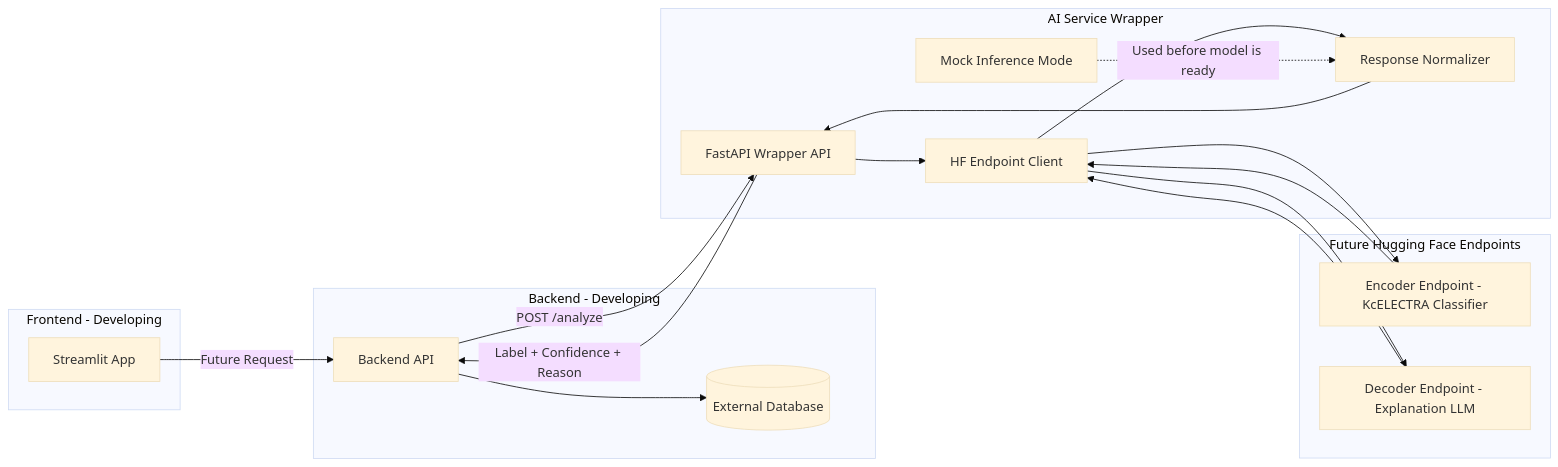
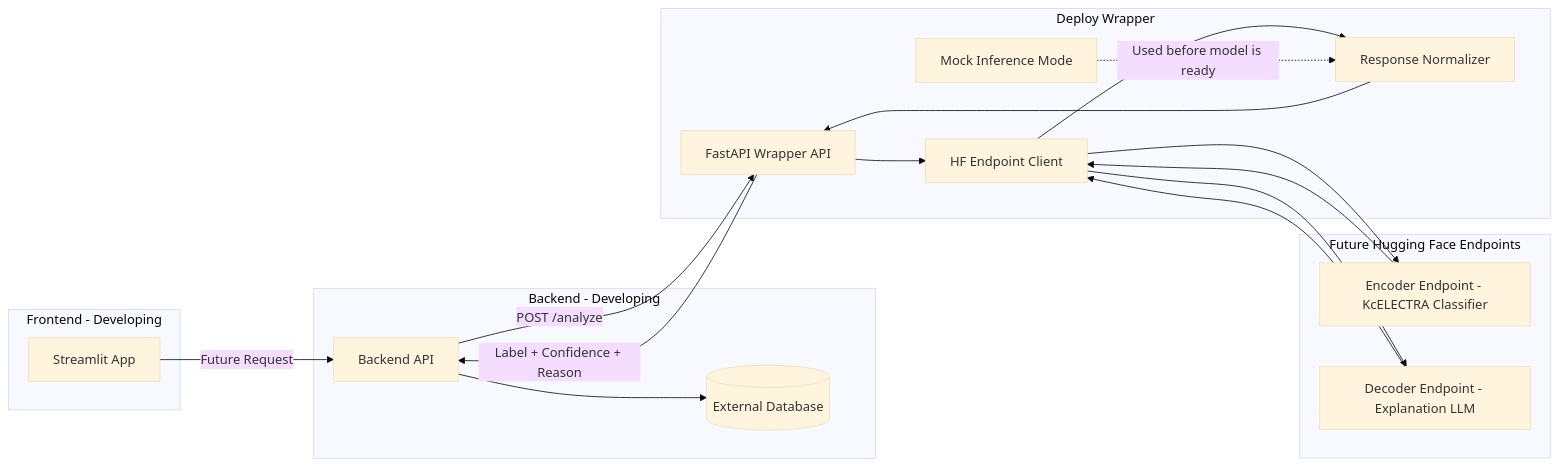
The diagram in deploy/architecture.md (Skullking2520/kdt-ai-2-team3-advanced), drawn with Mermaid (base theme) before and after one commit. The commit also changed other lines of this file and 11 other files, not shown here.

Commit message:
Add deploy wrapper app

````diff
--- a/deploy/architecture.md
+++ b/deploy/architecture.md
@@ -7,36 +7,36 @@
 ```mermaid
 graph LR
     subgraph Frontend [Frontend - Developing]
         ST[Streamlit App]
     end
 
     subgraph Backend [Backend - Developing]
         BE[Backend API]
         DB[(External Database)]
     end
 
-    subgraph AI_Service [AI Service Wrapper]
+    subgraph Deploy [Deploy Wrapper]
         API[FastAPI Wrapper API]
         Client[HF Endpoint Client]
         Normalize[Response Normalizer]
         Mock[Mock Inference Mode]
     end
 
     subgraph HF [Future Hugging Face Endpoints]
         ENC[Encoder Endpoint - KcELECTRA Classifier]
         DEC[Decoder Endpoint - Explanation LLM]
     end
 
     ST -->|Future Request| BE
     BE -->|POST /analyze| API
     API --> Client
     Client --> ENC
     Client --> DEC
     ENC --> Client
     DEC --> Client
     Client --> Normalize
     Normalize --> API
     API -->|Label + Confidence + Reason| BE
     BE --> DB
     Mock -.->|Used before model is ready| Normalize
 ```
````
